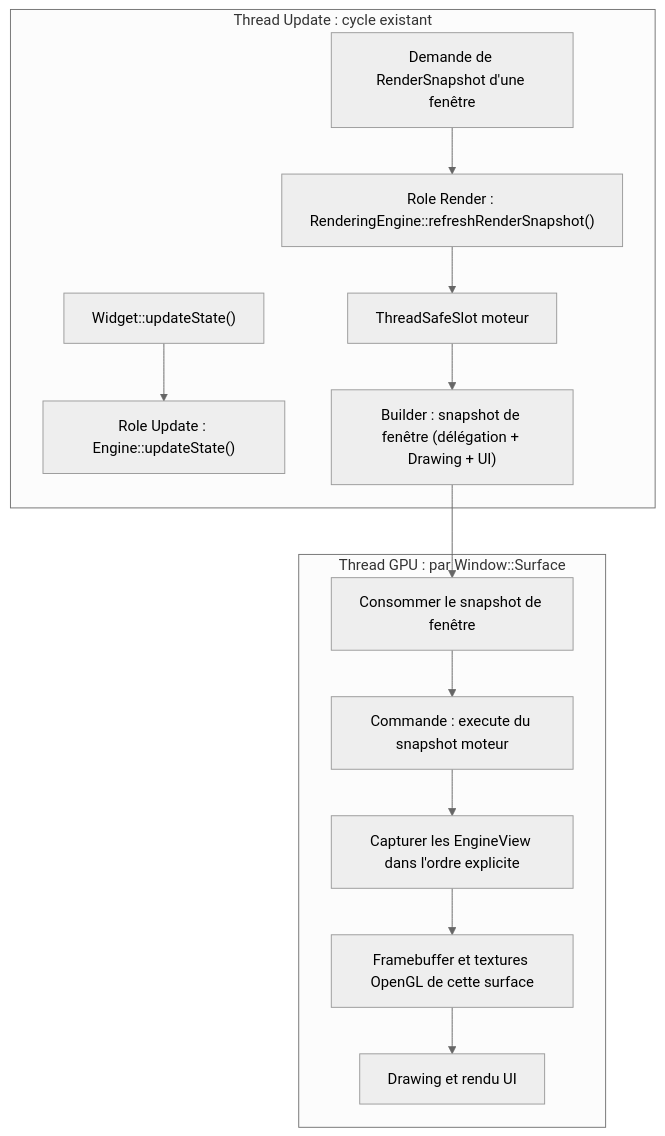
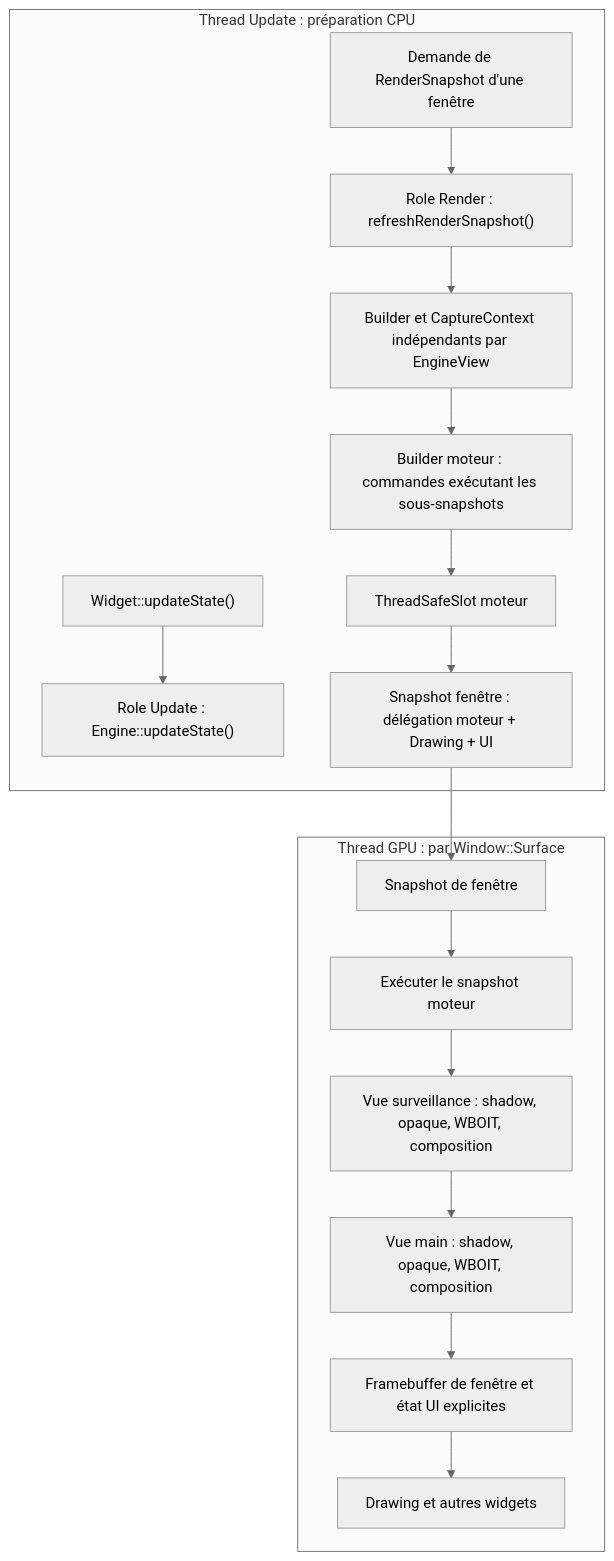
Before and after one commit to EreliaStudio/Sparkle: the seventh of 10 diagrams in docs/voxel-engine-v0.1.4-specification.md, drawn with Mermaid (neutral theme). The commit also changed other lines of this file, not shown here.

Commit message:
docs(v0.1.4): align class and execution diagrams with EngineView contributors

````diff
--- a/docs/voxel-engine-v0.1.4-specification.md
+++ b/docs/voxel-engine-v0.1.4-specification.md
@@ -669,22 +689,25 @@
 ```mermaid
 flowchart TB
-  subgraph U["Thread Update : cycle existant"]
+  subgraph U["Thread Update : préparation CPU"]
     Widgets["Widget::updateState()"]
     Logic["Role Update : Engine::updateState()"]
     Requested["Demande de RenderSnapshot d'une fenêtre"]
-    Refresh["Role Render : RenderingEngine::refreshRenderSnapshot()"]
+    Refresh["Role Render : refreshRenderSnapshot()"]
+    PerView["Builder et CaptureContext indépendants par EngineView"]
+    EngineBuilder["Builder moteur : commandes exécutant les sous-snapshots"]
     Slot["ThreadSafeSlot moteur"]
-    WindowSnap["Builder : snapshot de fenêtre (délégation + Drawing + UI)"]
+    WindowSnap["Snapshot fenêtre : délégation moteur + Drawing + UI"]
     Widgets --> Logic
-    Requested --> Refresh --> Slot --> WindowSnap
+    Requested --> Refresh --> PerView --> EngineBuilder --> Slot --> WindowSnap
   end
   subgraph G["Thread GPU : par Window::Surface"]
-    Consume["Consommer le snapshot de fenêtre"]
-    EngineExec["Commande : execute du snapshot moteur"]
-    ViewPass["Capturer les EngineView dans l'ordre explicite"]
-    Textures["Framebuffer et textures OpenGL de cette surface"]
-    UI["Drawing et rendu UI"]
-    Consume --> EngineExec --> ViewPass --> Textures --> UI
+    Consume["Snapshot de fenêtre"]
+    EngineExec["Exécuter le snapshot moteur"]
+    Surveillance["Vue surveillance : shadow, opaque, WBOIT, composition"]
+    Main["Vue main : shadow, opaque, WBOIT, composition"]
+    Restore["Framebuffer de fenêtre et état UI explicites"]
+    UI["Drawing et autres widgets"]
+    Consume --> EngineExec --> Surveillance --> Main --> Restore --> UI
   end
   WindowSnap --> Consume
 ```
````
